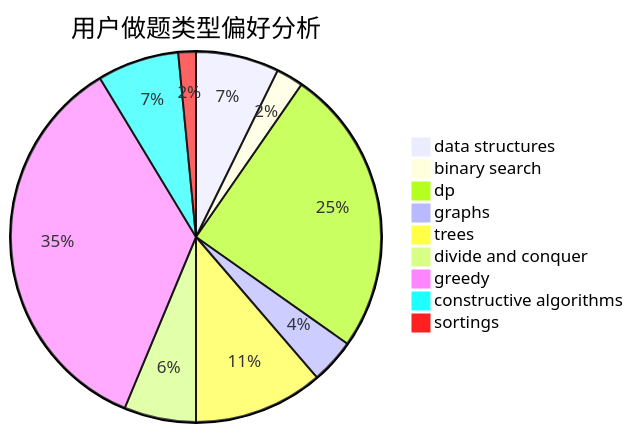
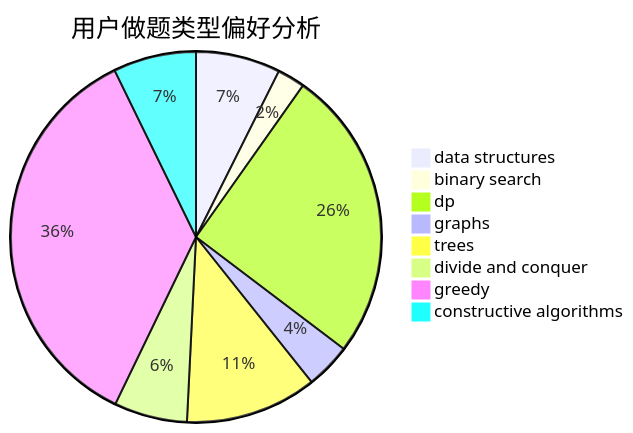
The second of 3 diagrams in docs/user/u651.md (sherpahu/cfrs.github.io), drawn with Mermaid before and after one commit. The commit also changed other lines of this file and 2769 other files, not shown here.

````diff
--- a/docs/user/u651.md
+++ b/docs/user/u651.md
@@ -18,12 +18,11 @@
 ```mermaid
 pie title 用户做题类型偏好分析
     "data structures" :  52
     "binary search" :  17
     "dp" :  180
     "graphs" :  28
     "trees" :  81
     "divide and conquer" :  45
     "greedy" :  251
     "constructive algorithms" :  51
-    "sortings" :  11
 ```
````
